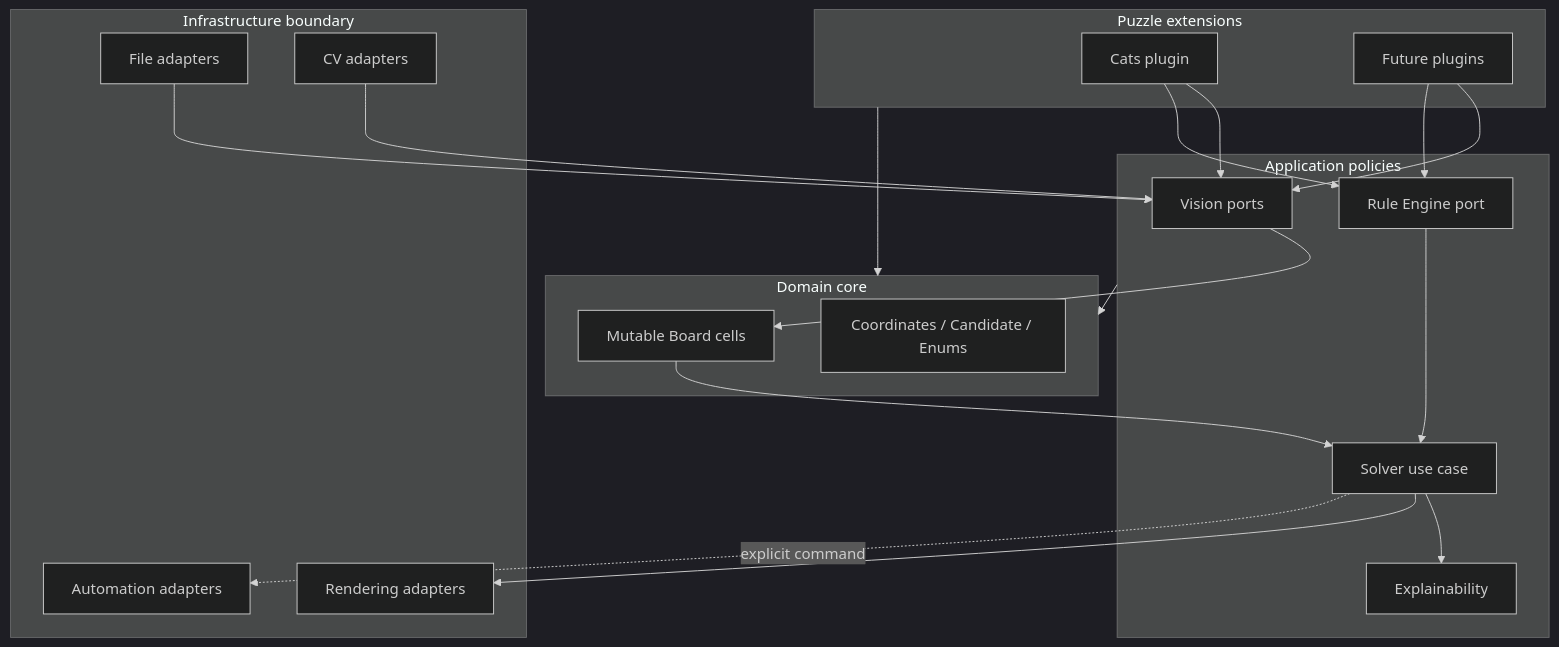
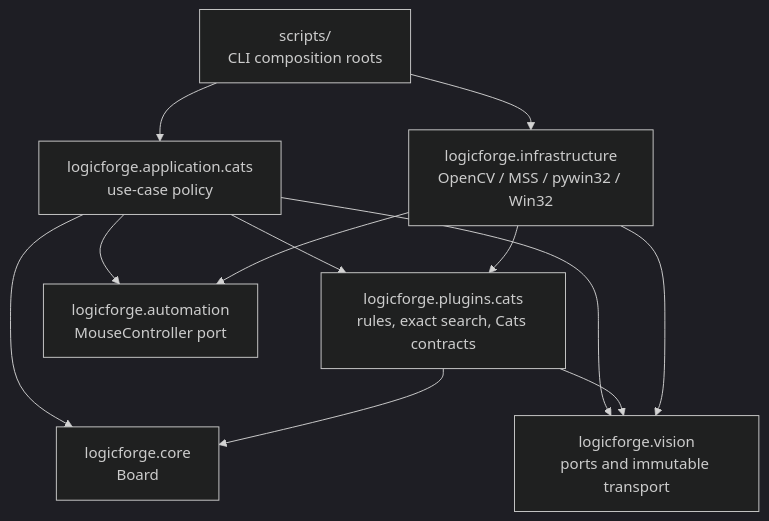
One commit to Bombowy/PuzzleMind changed the first of 2 diagrams in ARCHITECTURE.md. Above: the diagram before and after it, drawn with Mermaid (dark theme). The commit also changed other lines of this file and 95 other files, not shown here.

Commit message:
Finalize portfolio architecture cleanup

````diff
--- a/ARCHITECTURE.md
+++ b/ARCHITECTURE.md
@@ -52,41 +84,22 @@
 ```mermaid
 flowchart TB
-    subgraph Infrastructure["Infrastructure boundary"]
-        Files["File adapters"]
-        CV["CV adapters"]
-        UI["Automation adapters"]
-        Renderers["Rendering adapters"]
-    end
+    Scripts["scripts/<br/>CLI composition roots"]
+    Application["logicforge.application.cats<br/>use-case policy"]
+    Cats["logicforge.plugins.cats<br/>rules, exact search, Cats contracts"]
+    Core["logicforge.core<br/>Board"]
+    Vision["logicforge.vision<br/>ports and immutable transport"]
+    Automation["logicforge.automation<br/>MouseController port"]
+    Infrastructure["logicforge.infrastructure<br/>OpenCV / MSS / pywin32 / Win32"]
 
-    subgraph Application["Application policies"]
-        Vision["Vision ports"]
-        Solver["Solver use case"]
-        Engine["Rule Engine port"]
-        Explain["Explainability"]
-    end
-
-    subgraph Domain["Domain core"]
-        Board["Mutable Board cells"]
-        Values["Coordinates / Candidate / Enums"]
-    end
-
-    subgraph Extensions["Puzzle extensions"]
-        Cats["Cats plugin"]
-        Future["Future plugins"]
-    end
-
-    Files --> Vision
-    CV --> Vision
-    Vision --> Board
+    Scripts --> Application
+    Scripts --> Infrastructure
+    Application --> Cats
+    Application --> Core
+    Application --> Vision
+    Application --> Automation
+    Cats --> Core
     Cats --> Vision
-    Future --> Vision
-    Cats --> Engine
-    Future --> Engine
-    Engine --> Solver
-    Board --> Solver
-    Solver --> Explain
-    Solver --> Renderers
-    Solver -. explicit command .-> UI
-    Application --> Domain
-    Extensions --> Domain
+    Infrastructure --> Cats
+    Infrastructure --> Vision
+    Infrastructure --> Automation
 ```
````
